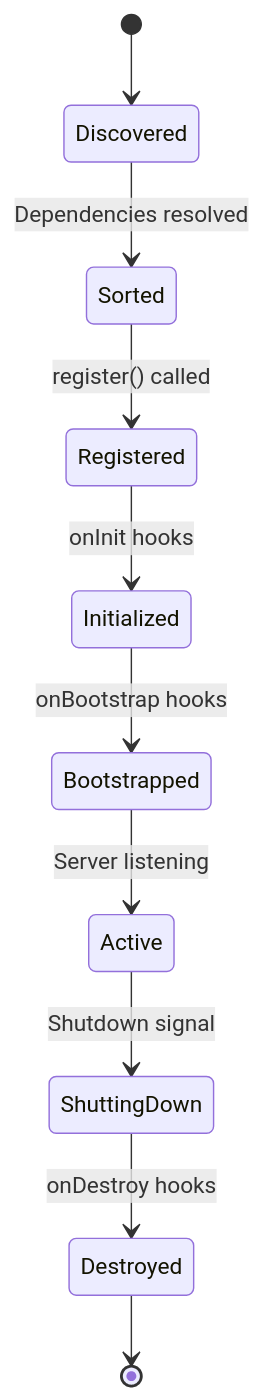
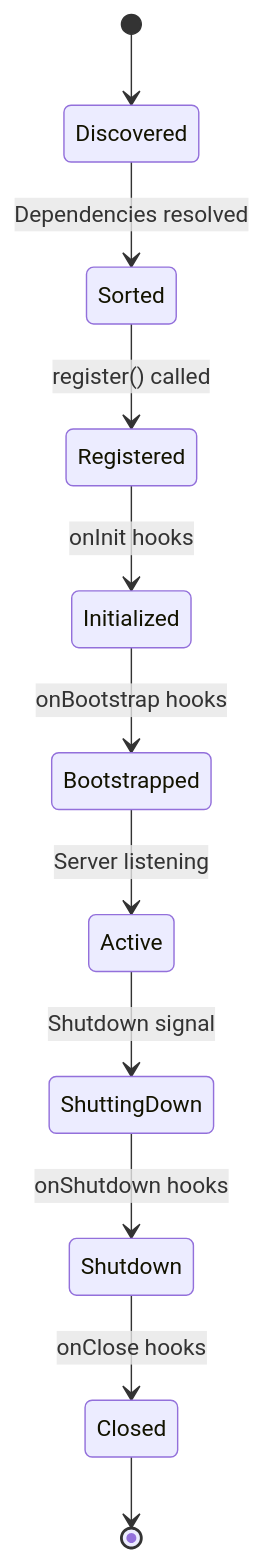
Before and after one commit to setu-ts/setu-ts: the third of 18 diagrams in ARCHITECTURE.md, drawn with Mermaid. The commit also changed other lines of this file and 35 other files, not shown here.

````diff
--- a/ARCHITECTURE.md
+++ b/ARCHITECTURE.md
@@ -480,12 +479,13 @@
 ```mermaid
 stateDiagram-v2
     [*] --> Discovered
     Discovered --> Sorted: Dependencies resolved
     Sorted --> Registered: register() called
     Registered --> Initialized: onInit hooks
     Initialized --> Bootstrapped: onBootstrap hooks
     Bootstrapped --> Active: Server listening
     Active --> ShuttingDown: Shutdown signal
-    ShuttingDown --> Destroyed: onDestroy hooks
-    Destroyed --> [*]
+    ShuttingDown --> Shutdown: onShutdown hooks
+    Shutdown --> Closed: onClose hooks
+    Closed --> [*]
 ```
````
